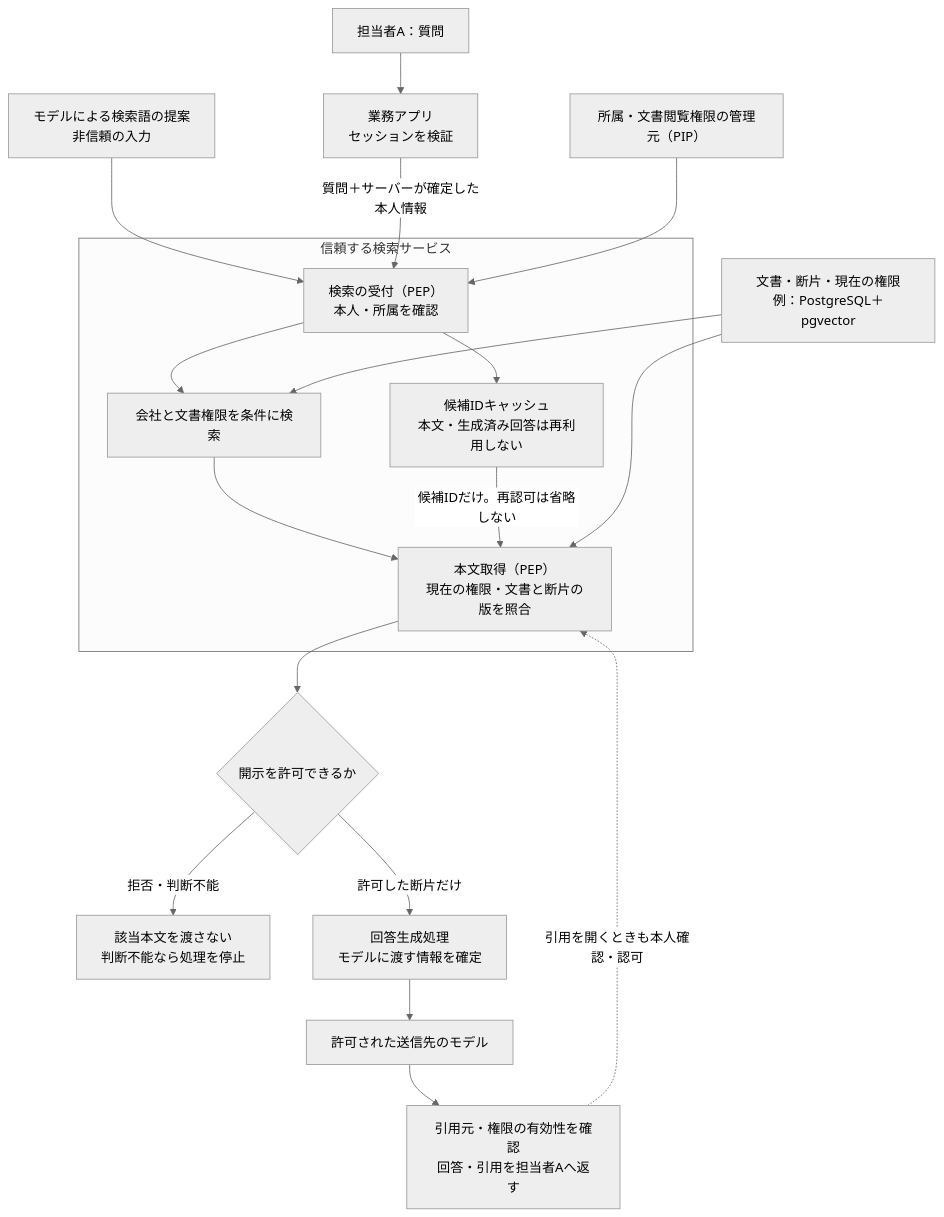
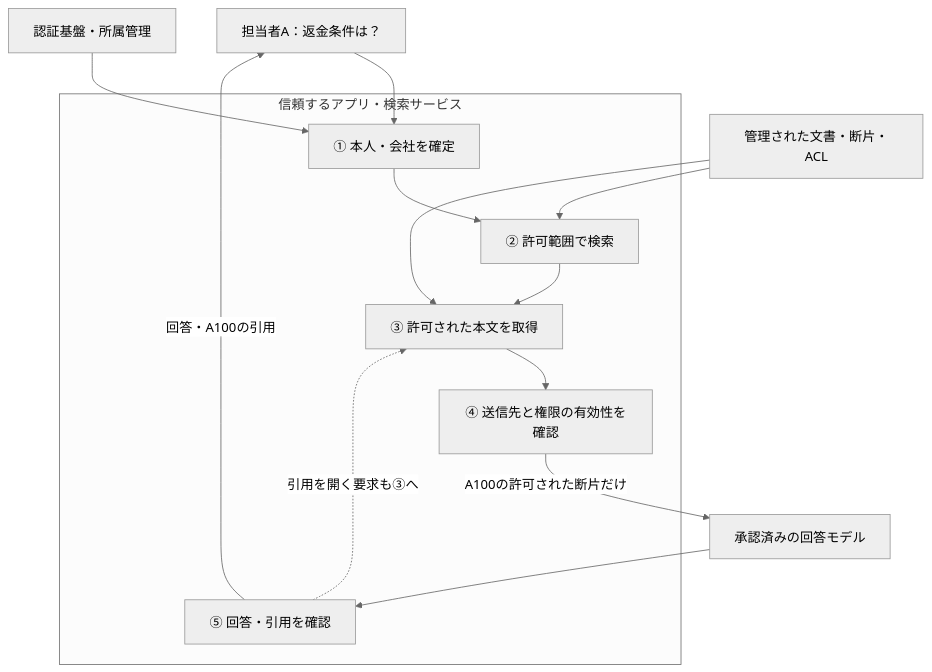
The diagram in engineering/domains/rag/secure-multi-tenant-retrieval/README.md (DharmaDoll/ai-security-foundry), drawn with Mermaid (neutral theme) before and after one commit. The commit also changed other lines of this file and 7 other files, not shown here.

Commit message:
docs: organize RAG guidance around the request flow

````diff
--- a/engineering/domains/rag/secure-multi-tenant-retrieval/README.md
+++ b/engineering/domains/rag/secure-multi-tenant-retrieval/README.md
@@ -62,21 +65,17 @@
 ```mermaid
 flowchart TD
-    user["担当者A：質問"] --> app["業務アプリ<br/>セッションを検証"]
-    model["モデルによる検索語の提案<br/>非信頼の入力"] --> gate
-    app -->|"質問＋サーバーが確定した本人情報"| gate
-    facts["所属・文書閲覧権限の管理元（PIP）"] --> gate
-    subgraph retrieval["信頼する検索サービス"]
-        gate["検索の受付（PEP）<br/>本人・所属を確認"] --> query["会社と文書権限を条件に検索"]
-        gate --> cache["候補IDキャッシュ<br/>本文・生成済み回答は再利用しない"]
-        query --> read["本文取得（PEP）<br/>現在の権限・文書と断片の版を照合"]
-        cache -->|"候補IDだけ。再認可は省略しない"| read
+    user["担当者A：返金条件は？"] --> identity
+    subgraph service["信頼するアプリ・検索サービス"]
+        identity["① 本人・会社を確定"] --> search["② 許可範囲で検索"]
+        search --> read["③ 許可された本文を取得"]
+        read --> send["④ 送信先と権限の有効性を確認"]
+        answer["⑤ 回答・引用を確認"]
     end
-    store["文書・断片・現在の権限<br/>例：PostgreSQL＋pgvector"] --> query
+    auth["認証基盤・所属管理"] --> identity
+    store["管理された文書・断片・ACL"] --> search
     store --> read
-    read --> decision{"開示を許可できるか"}
-    decision -->|"拒否・判断不能"| stop["該当本文を渡さない<br/>判断不能なら処理を停止"]
-    decision -->|"許可した断片だけ"| context["回答生成処理<br/>モデルに渡す情報を確定"]
-    context --> llm["許可された送信先のモデル"]
-    llm --> response["引用元・権限の有効性を確認<br/>回答・引用を担当者Aへ返す"]
-    response -. "引用を開くときも本人確認・認可" .-> read
+    send -->|"A100の許可された断片だけ"| model["承認済みの回答モデル"]
+    model --> answer
+    answer -->|"回答・A100の引用"| user
+    answer -. "引用を開く要求も③へ" .-> read
 ```
````
